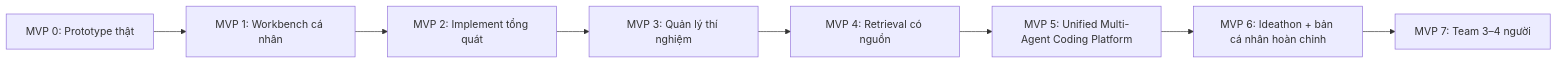
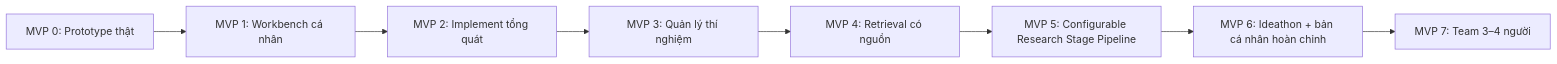
One commit to jhinezeal123/AI-Scientist-v2 changed the diagram in docs/customization/PRODUCT_ROADMAP.md. Above: the diagram before and after it, drawn with Mermaid. The commit also changed other lines of this file and 24 other files, not shown here.

Commit message:
feat(workbench): configure human and agent actors across research stages

````diff
--- a/docs/customization/PRODUCT_ROADMAP.md
+++ b/docs/customization/PRODUCT_ROADMAP.md
@@ -54,10 +54,10 @@
 ```mermaid
 flowchart LR
     M0["MVP 0: Prototype thật"] --> M1["MVP 1: Workbench cá nhân"]
     M1 --> M2["MVP 2: Implement tổng quát"]
     M2 --> M3["MVP 3: Quản lý thí nghiệm"]
     M3 --> M4["MVP 4: Retrieval có nguồn"]
-    M4 --> M5["MVP 5: Unified Multi-Agent Coding Platform"]
+    M4 --> M5["MVP 5: Configurable Research Stage Pipeline"]
     M5 --> M6["MVP 6: Ideathon + bản cá nhân hoàn chỉnh"]
     M6 --> M7["MVP 7: Team 3–4 người"]
 ```
````
